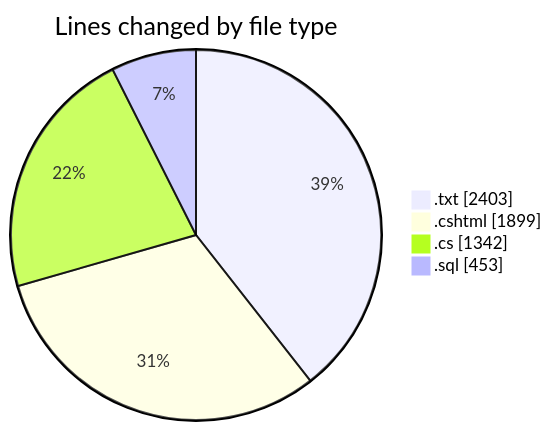
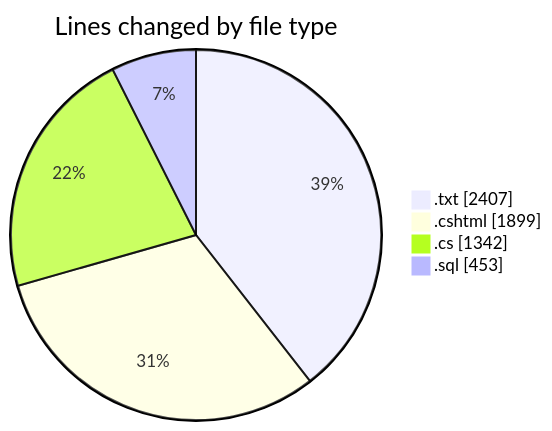
Before and after one commit to lephambinh05/code-tracking: the first of 2 diagrams in 2025-07-25/quanlyrapchieuphim-1/README.md, drawn with Mermaid. The commit also changed other lines of this file and 1 other file, not shown here.

````diff
--- a/2025-07-25/quanlyrapchieuphim-1/README.md
+++ b/2025-07-25/quanlyrapchieuphim-1/README.md
@@ -25,8 +25,8 @@
 ```mermaid
 pie showData
 title Lines changed by file type
-".txt" : 2403
+".txt" : 2407
 ".cshtml" : 1899
 ".cs" : 1342
 ".sql" : 453
 ```
````
